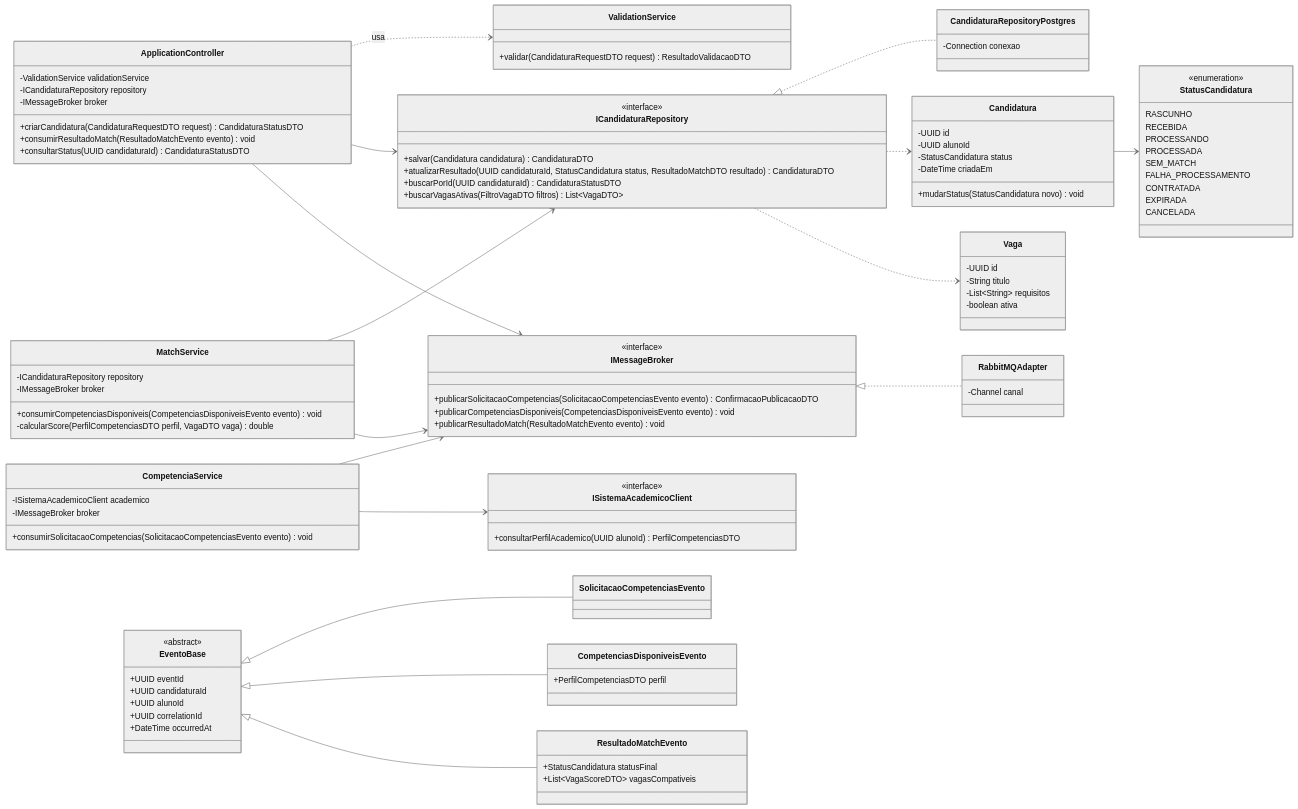
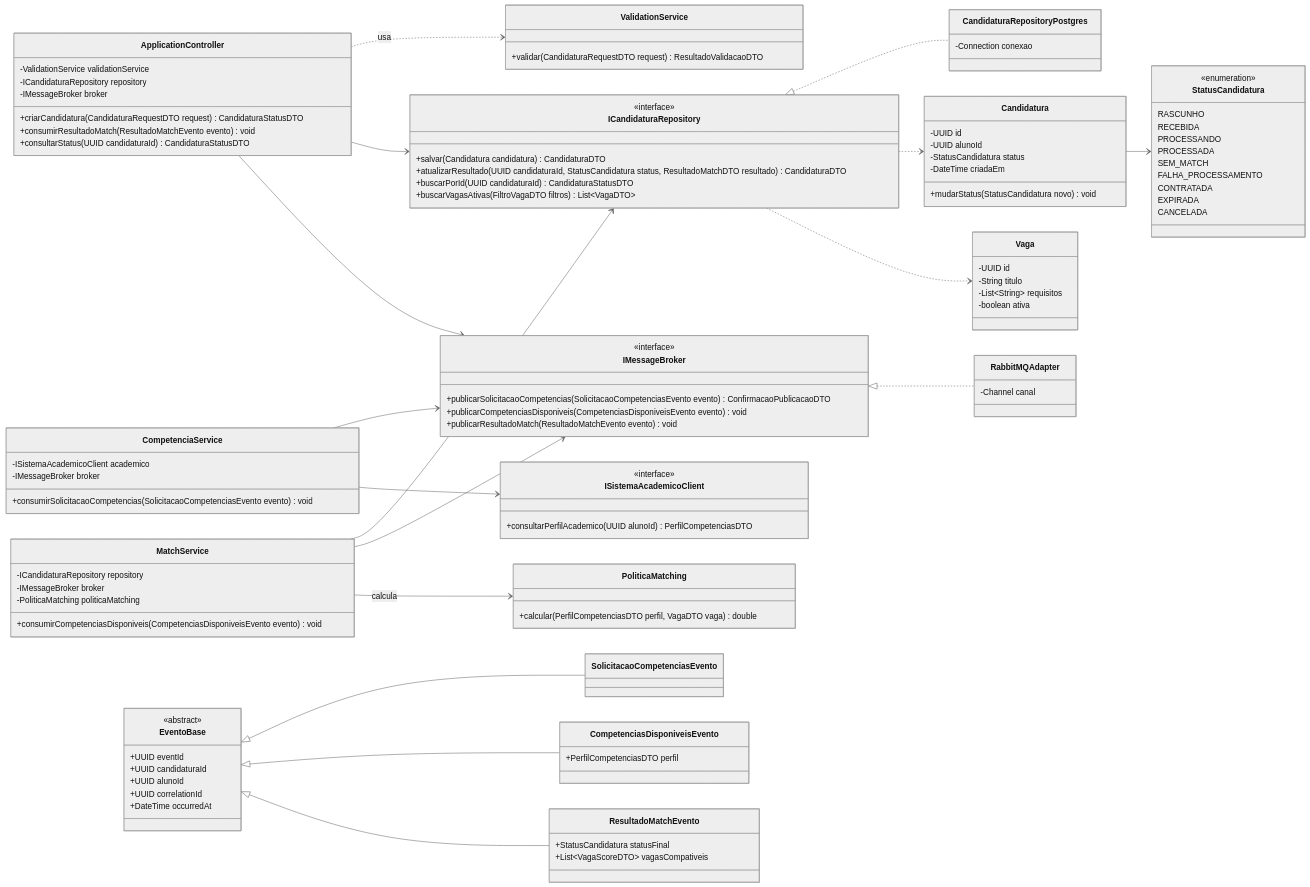
One commit to JosefLangermann/sprint-final-modelagemdesoftware changed the diagram in classes.mmd. Above: the diagram before and after it, drawn with Mermaid (neutral theme).

Commit message:
docs(matching): integra PoliticaMatching ao modelo de classes

```diff
--- a/classes.mmd
+++ b/classes.mmd
@@ -1,121 +1,126 @@
 classDiagram
     direction LR
 
     class ApplicationController {
         -ValidationService validationService
         -ICandidaturaRepository repository
         -IMessageBroker broker
         +criarCandidatura(CandidaturaRequestDTO request) CandidaturaStatusDTO
         +consumirResultadoMatch(ResultadoMatchEvento evento) void
         +consultarStatus(UUID candidaturaId) CandidaturaStatusDTO
     }
 
     class ValidationService {
         +validar(CandidaturaRequestDTO request) ResultadoValidacaoDTO
     }
 
     class ICandidaturaRepository {
         <<interface>>
         +salvar(Candidatura candidatura) CandidaturaDTO
         +atualizarResultado(UUID candidaturaId, StatusCandidatura status, ResultadoMatchDTO resultado) CandidaturaDTO
         +buscarPorId(UUID candidaturaId) CandidaturaStatusDTO
         +buscarVagasAtivas(FiltroVagaDTO filtros) List~VagaDTO~
     }
 
     class CandidaturaRepositoryPostgres {
         -Connection conexao
     }
 
     class IMessageBroker {
         <<interface>>
         +publicarSolicitacaoCompetencias(SolicitacaoCompetenciasEvento evento) ConfirmacaoPublicacaoDTO
         +publicarCompetenciasDisponiveis(CompetenciasDisponiveisEvento evento) void
         +publicarResultadoMatch(ResultadoMatchEvento evento) void
     }
 
     class RabbitMQAdapter {
         -Channel canal
     }
 
     class CompetenciaService {
         -ISistemaAcademicoClient academico
         -IMessageBroker broker
         +consumirSolicitacaoCompetencias(SolicitacaoCompetenciasEvento evento) void
     }
 
     class ISistemaAcademicoClient {
         <<interface>>
         +consultarPerfilAcademico(UUID alunoId) PerfilCompetenciasDTO
     }
 
     class MatchService {
         -ICandidaturaRepository repository
         -IMessageBroker broker
         +consumirCompetenciasDisponiveis(CompetenciasDisponiveisEvento evento) void
-        -calcularScore(PerfilCompetenciasDTO perfil, VagaDTO vaga) double
+        -PoliticaMatching politicaMatching
+    }
+
+    class PoliticaMatching {
+        +calcular(PerfilCompetenciasDTO perfil, VagaDTO vaga) double
     }
 
     class Candidatura {
         -UUID id
         -UUID alunoId
         -StatusCandidatura status
         -DateTime criadaEm
         +mudarStatus(StatusCandidatura novo) void
     }
 
     class StatusCandidatura {
         <<enumeration>>
         RASCUNHO
         RECEBIDA
         PROCESSANDO
         PROCESSADA
         SEM_MATCH
         FALHA_PROCESSAMENTO
         CONTRATADA
         EXPIRADA
         CANCELADA
     }
 
     class Vaga {
         -UUID id
         -String titulo
         -List~String~ requisitos
         -boolean ativa
     }
 
     class EventoBase {
         <<abstract>>
         +UUID eventId
         +UUID candidaturaId
         +UUID alunoId
         +UUID correlationId
         +DateTime occurredAt
     }
 
     class SolicitacaoCompetenciasEvento
     class CompetenciasDisponiveisEvento {
         +PerfilCompetenciasDTO perfil
     }
     class ResultadoMatchEvento {
         +StatusCandidatura statusFinal
         +List~VagaScoreDTO~ vagasCompativeis
     }
 
     ApplicationController ..> ValidationService : usa
     ApplicationController --> ICandidaturaRepository
     ApplicationController --> IMessageBroker
     MatchService --> ICandidaturaRepository
     MatchService --> IMessageBroker
+    MatchService --> PoliticaMatching : calcula
     CompetenciaService --> IMessageBroker
     CompetenciaService --> ISistemaAcademicoClient
 
     ICandidaturaRepository <|.. CandidaturaRepositoryPostgres
     IMessageBroker <|.. RabbitMQAdapter
 
     Candidatura --> StatusCandidatura
     ICandidaturaRepository ..> Candidatura
     ICandidaturaRepository ..> Vaga
 
     EventoBase <|-- SolicitacaoCompetenciasEvento
     EventoBase <|-- CompetenciasDisponiveisEvento
     EventoBase <|-- ResultadoMatchEvento
```
